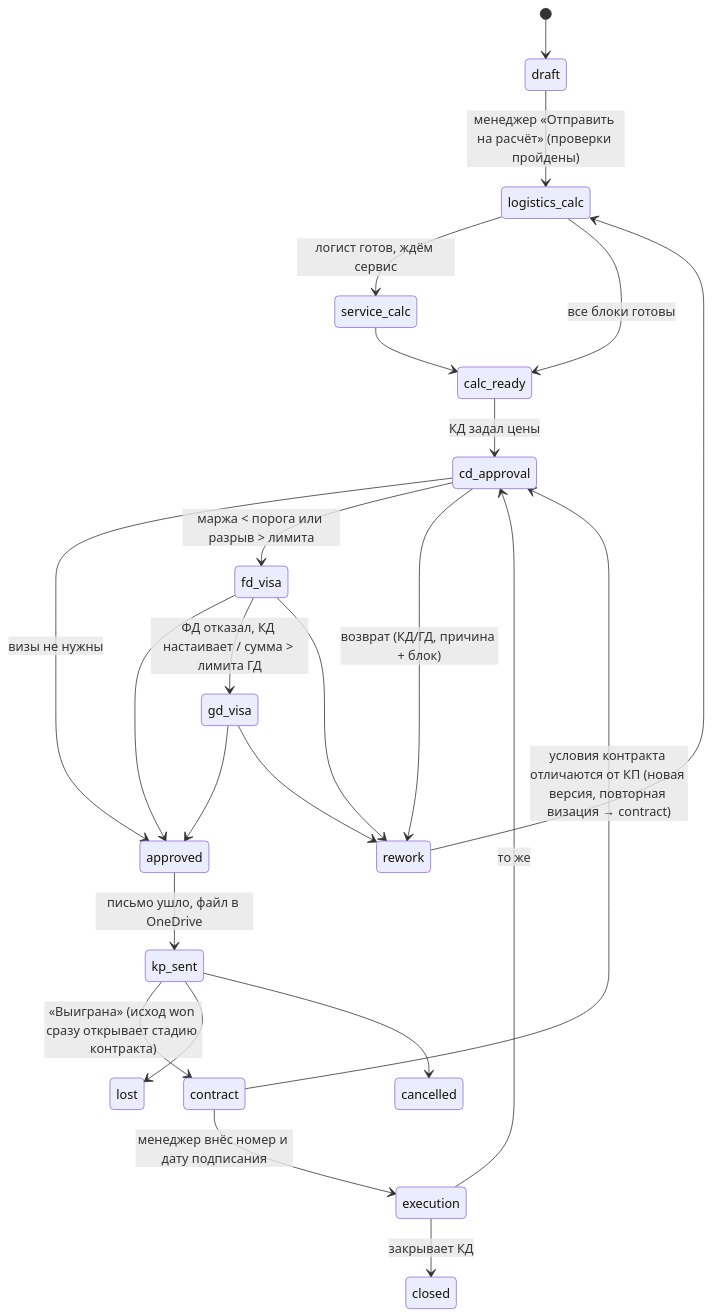
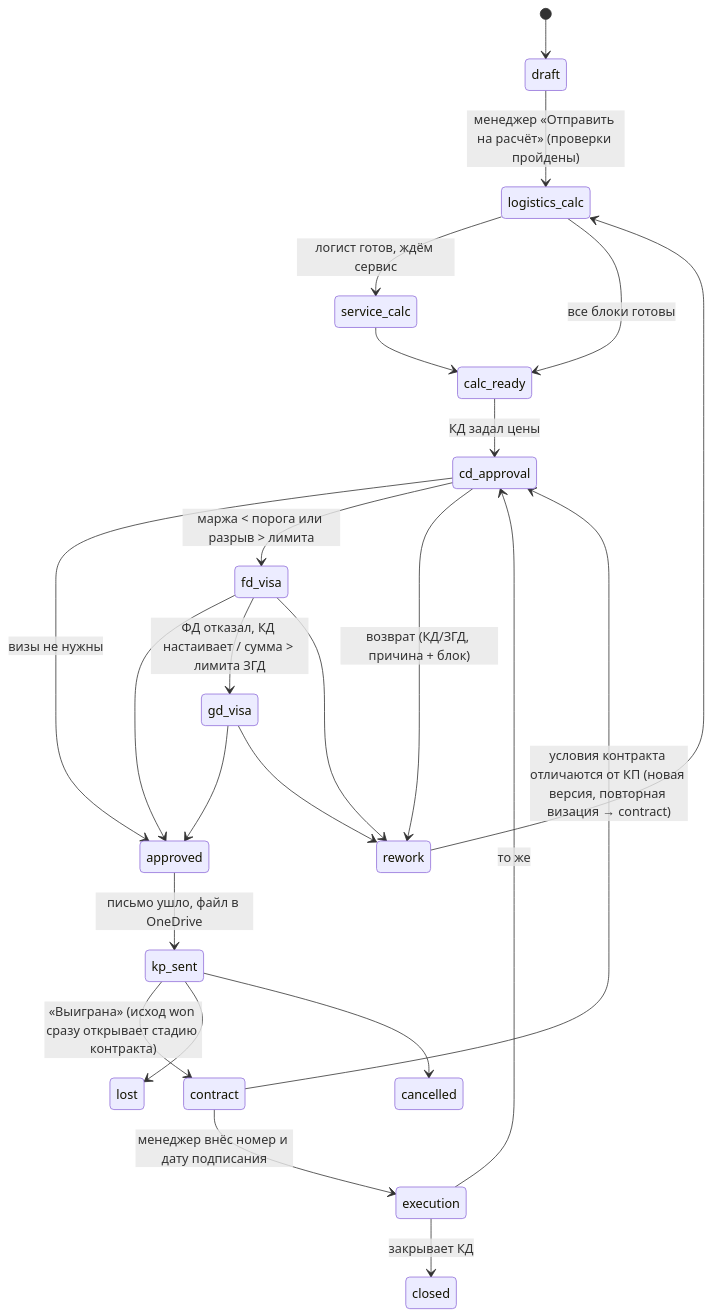
Before and after one commit to falconitpro/gsho-costing: the second of 3 diagrams in docs/ARCHITECTURE.md, drawn with Mermaid. The commit also changed other lines of this file and 37 other files, not shown here.

````diff
--- a/docs/ARCHITECTURE.md
+++ b/docs/ARCHITECTURE.md
@@ -80,26 +80,26 @@
 ```mermaid
 stateDiagram-v2
   [*] --> draft
   draft --> logistics_calc: менеджер «Отправить на расчёт» (проверки пройдены)
   logistics_calc --> service_calc: логист готов, ждём сервис
   logistics_calc --> calc_ready: все блоки готовы
   service_calc --> calc_ready
   calc_ready --> cd_approval: КД задал цены
   cd_approval --> approved: визы не нужны
   cd_approval --> fd_visa: маржа < порога или разрыв > лимита
   fd_visa --> approved
-  fd_visa --> gd_visa: ФД отказал, КД настаивает / сумма > лимита ГД
+  fd_visa --> gd_visa: ФД отказал, КД настаивает / сумма > лимита ЗГД
   gd_visa --> approved
-  cd_approval --> rework: возврат (КД/ГД, причина + блок)
+  cd_approval --> rework: возврат (КД/ЗГД, причина + блок)
   fd_visa --> rework
   gd_visa --> rework
   rework --> logistics_calc
   approved --> kp_sent: письмо ушло, файл в OneDrive
   kp_sent --> contract: «Выиграна» (исход won сразу открывает стадию контракта)
   kp_sent --> lost
   kp_sent --> cancelled
   contract --> execution: менеджер внёс номер и дату подписания
   contract --> cd_approval: условия контракта отличаются от КП (новая версия, повторная визация → contract)
   execution --> cd_approval: то же
   execution --> closed: закрывает КД
 ```
````
